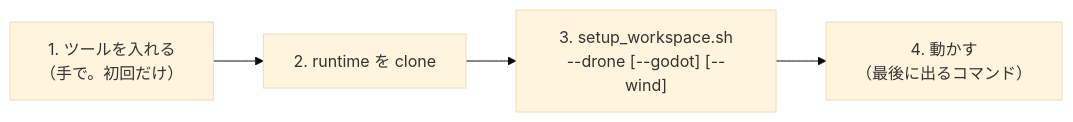
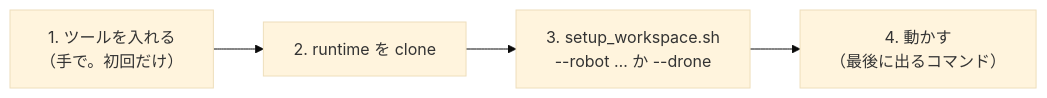
Before and after one commit to hako-community/hakoniwa-mujoco-runtime: the diagram in docs/START_HERE_linux.md, drawn with Mermaid (base theme). The commit also changed other lines of this file and 13 other files, not shown here.

First line of the commit message:
tools(linux): setup_workspace.sh --robot（humanoid・cobot・armpi）と --with-ncmachine

````diff
--- a/docs/START_HERE_linux.md
+++ b/docs/START_HERE_linux.md
@@ -9,6 +7,6 @@
 ```mermaid
 flowchart LR
     A["1. ツールを入れる<br/>（手で。初回だけ）"] --> B["2. runtime を clone"]
-    B --> C["3. setup_workspace.sh<br/>--drone [--godot] [--wind]"]
+    B --> C["3. setup_workspace.sh<br/>--robot … か --drone"]
     C --> D["4. 動かす<br/>（最後に出るコマンド）"]
 ```
````
